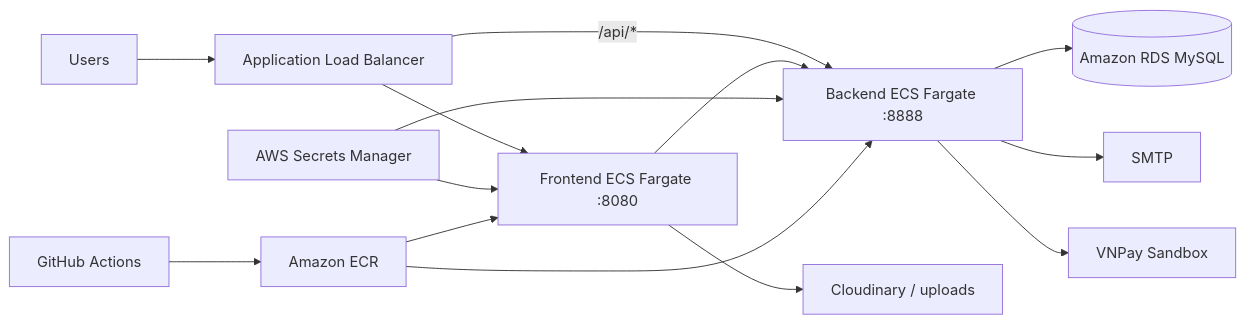
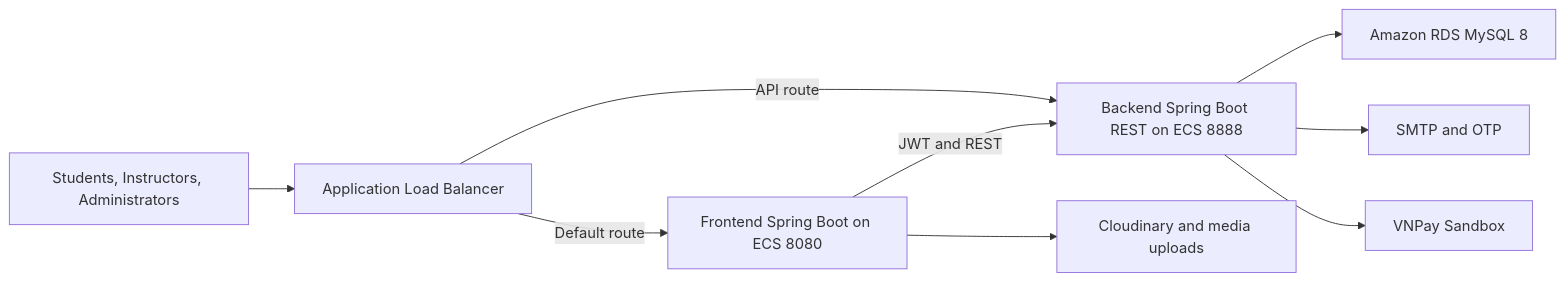
The diagram in content/2-Proposal/_index.md (tuanhai-se/fcj-report), drawn with Mermaid before and after one commit. The commit also changed other lines of this file and 27 other files, not shown here.

````diff
--- a/content/2-Proposal/_index.md
+++ b/content/2-Proposal/_index.md
@@ -35,16 +41,11 @@
-```mermaid
-flowchart LR
-    U["Users"] --> ALB["Application Load Balancer"]
-    ALB --> FE["Frontend ECS Fargate :8080"]
-    ALB -->|"/api/*"| BE["Backend ECS Fargate :8888"]
-    FE --> BE
-    BE --> RDS[("Amazon RDS MySQL")]
-    FE --> MEDIA["Cloudinary / uploads"]
-    BE --> SMTP["SMTP"]
-    BE --> VNPAY["VNPay Sandbox"]
-    SM["AWS Secrets Manager"] --> FE
-    SM --> BE
-    GHA["GitHub Actions"] --> ECR["Amazon ECR"]
-    ECR --> FE
-    ECR --> BE
-```
+{{< mermaid >}}
+graph LR
+USERS[Students, Instructors, Administrators] --> ALB[Application Load Balancer]
+ALB -->|Default route| FE[Frontend Spring Boot on ECS 8080]
+ALB -->|API route| BE[Backend Spring Boot REST on ECS 8888]
+FE -->|JWT and REST| BE
+BE --> RDS[Amazon RDS MySQL 8]
+FE --> MEDIA[Cloudinary and media uploads]
+BE --> SMTP[SMTP and OTP]
+BE --> VNPAY[VNPay Sandbox]
+{{< /mermaid >}}
````
